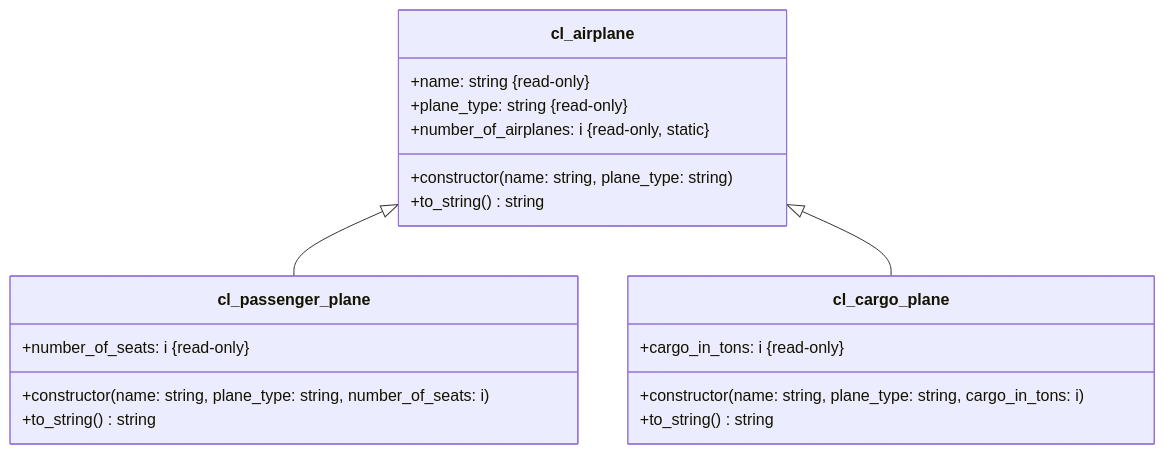
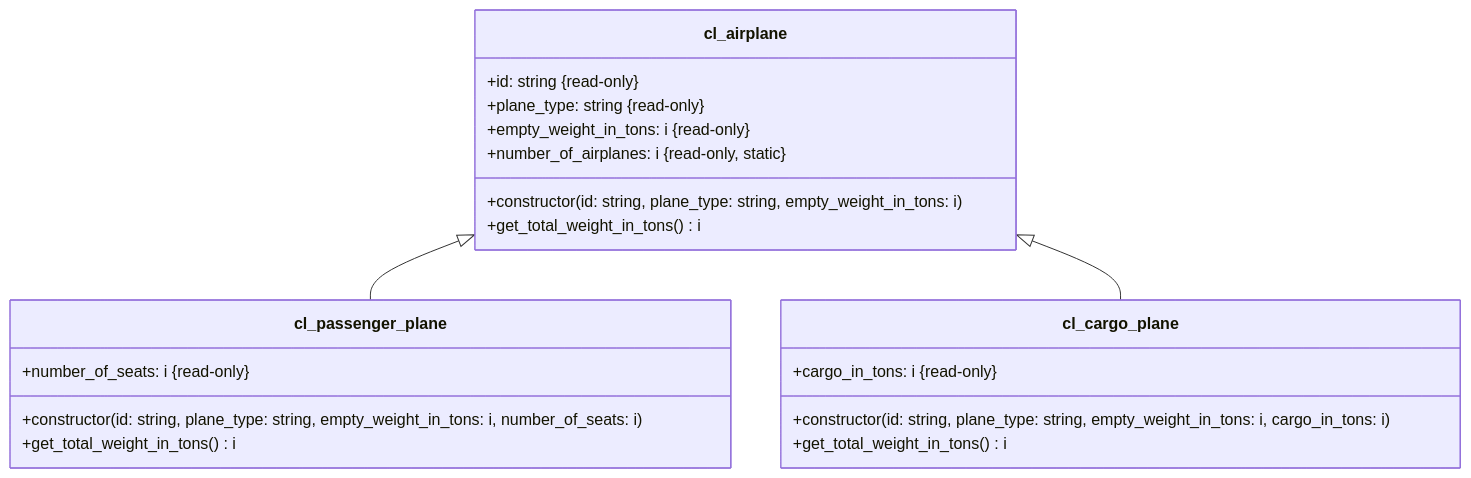
Before and after one commit to appenmaier/s4hana: the diagram in docs/exercises/abap-objects/abap-objects-06.md, drawn with Mermaid. The commit also changed other lines of this file and 15 other files, not shown here.

````diff
--- a/docs/exercises/abap-objects/abap-objects-06.md
+++ b/docs/exercises/abap-objects/abap-objects-06.md
@@ -11,25 +11,26 @@
 ```mermaid
 classDiagram
-    cl_airplane <|-- cl_passenger_plane
-    cl_airplane <|-- cl_cargo_plane
+   cl_airplane <|-- cl_passenger_plane
+   cl_airplane <|-- cl_cargo_plane
 
-    class cl_airplane {
-      +name: string &#123read-only&#125
+   class cl_airplane {
+      +id: string &#123read-only&#125
       +plane_type: string &#123read-only&#125
+      +empty_weight_in_tons: i &#123read-only&#125
       +number_of_airplanes: i &#123read-only, static&#125
-      +constructor(name: string, plane_type: string)
-      +to_string() string
-    }
+      +constructor(id: string, plane_type: string, empty_weight_in_tons: i)
+      +get_total_weight_in_tons() i
+   }
 
-    class cl_passenger_plane {
+   class cl_passenger_plane {
       +number_of_seats: i &#123read-only&#125
-      +constructor(name: string, plane_type: string, number_of_seats: i)
-      +to_string() string
-    }
+      +constructor(id: string, plane_type: string, empty_weight_in_tons: i, number_of_seats: i)
+      +get_total_weight_in_tons() i
+   }
 
-    class cl_cargo_plane {
+   class cl_cargo_plane {
       +cargo_in_tons: i &#123read-only&#125
-      +constructor(name: string, plane_type: string, cargo_in_tons: i)
-      +to_string() string
-    }
+      +constructor(id: string, plane_type: string, empty_weight_in_tons: i, cargo_in_tons: i)
+      +get_total_weight_in_tons() i
+   }
 ```
````
